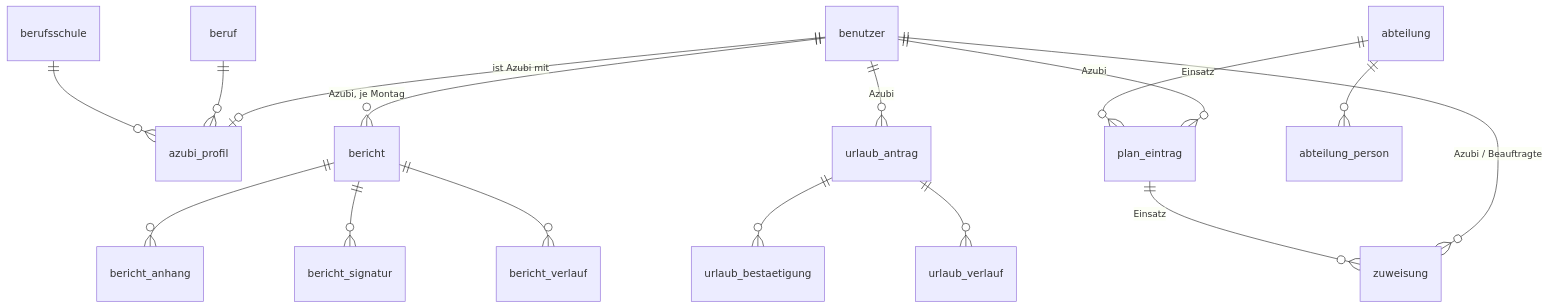
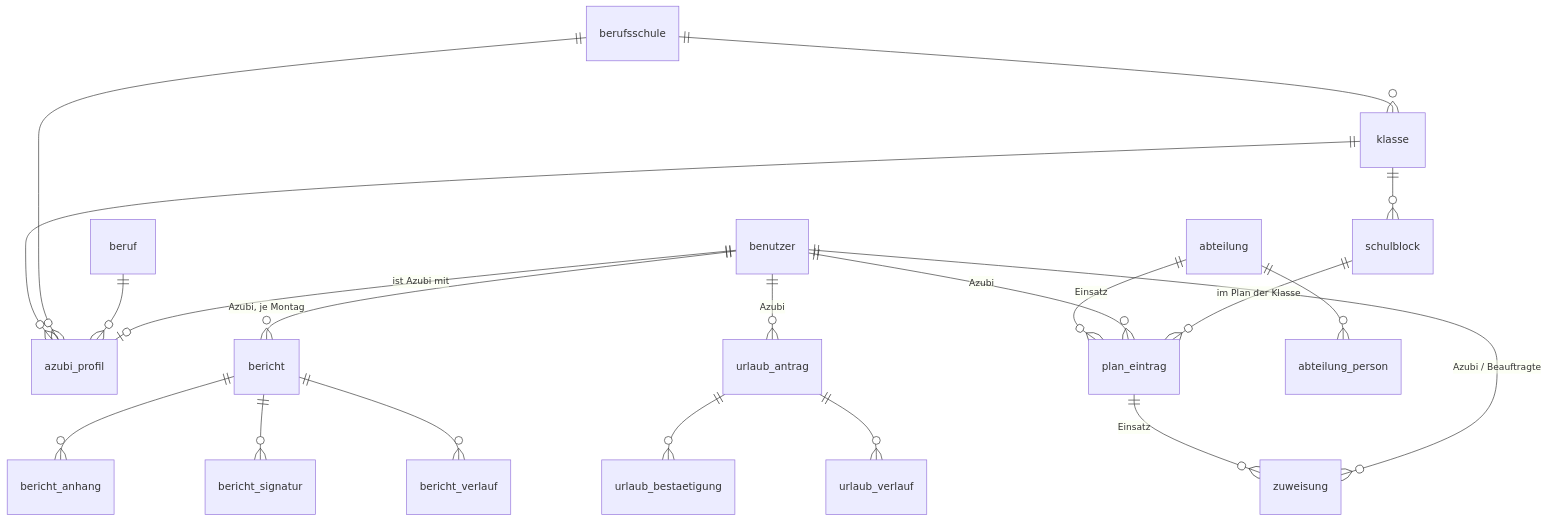
The diagram in docs/spec.md (extrempro/ausbildungsportal), drawn with Mermaid before and after one commit. The commit also changed other lines of this file and 26 other files, not shown here.

First line of the commit message:
Klassen und Schulblöcke an der Klasse (0.78.0)

````diff
--- a/docs/spec.md
+++ b/docs/spec.md
@@ -99,18 +100,22 @@
 ```mermaid
 erDiagram
   benutzer ||--o| azubi_profil : "ist Azubi mit"
   beruf ||--o{ azubi_profil : ""
   berufsschule ||--o{ azubi_profil : ""
+  berufsschule ||--o{ klasse : ""
+  klasse ||--o{ azubi_profil : ""
+  klasse ||--o{ schulblock : ""
+  schulblock ||--o{ plan_eintrag : "im Plan der Klasse"
   benutzer ||--o{ plan_eintrag : "Azubi"
   benutzer ||--o{ bericht : "Azubi, je Montag"
   bericht ||--o{ bericht_anhang : ""
   bericht ||--o{ bericht_signatur : ""
   bericht ||--o{ bericht_verlauf : ""
   benutzer ||--o{ urlaub_antrag : "Azubi"
   urlaub_antrag ||--o{ urlaub_bestaetigung : ""
   urlaub_antrag ||--o{ urlaub_verlauf : ""
   benutzer ||--o{ zuweisung : "Azubi / Beauftragte"
   plan_eintrag ||--o{ zuweisung : "Einsatz"
   abteilung ||--o{ abteilung_person : ""
   abteilung ||--o{ plan_eintrag : "Einsatz"
 ```
````
